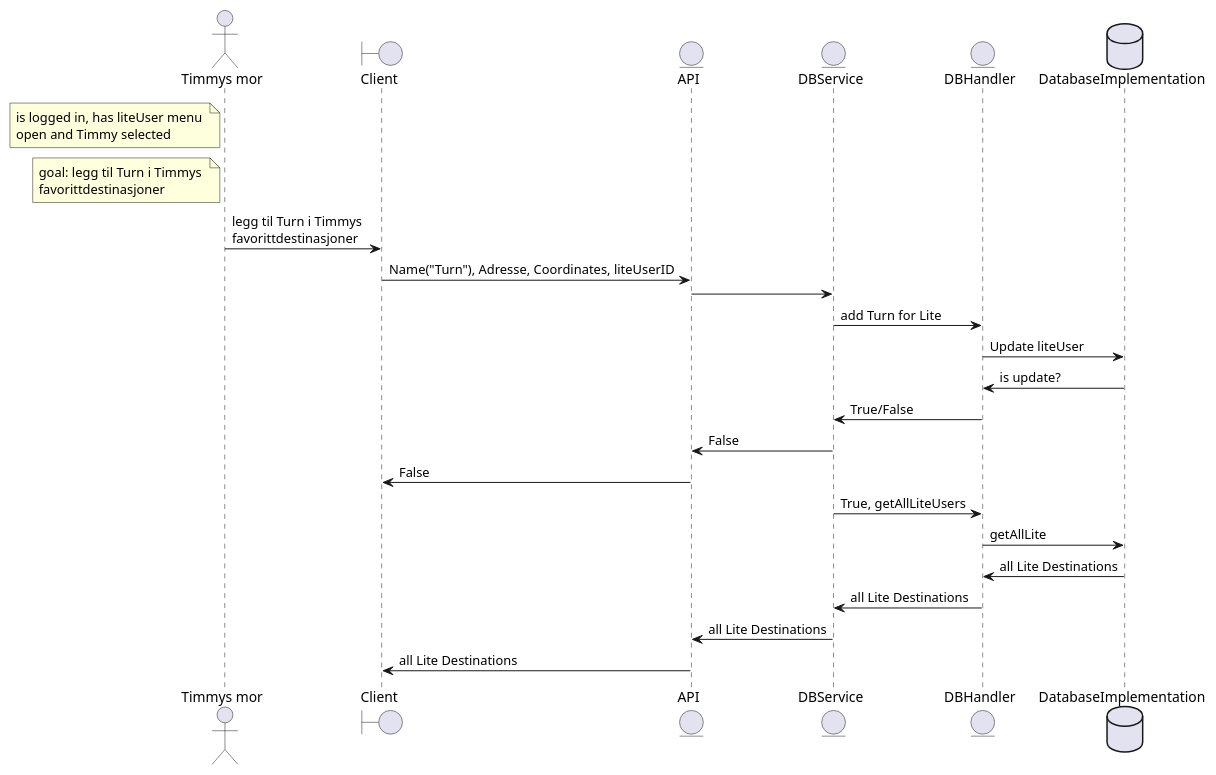
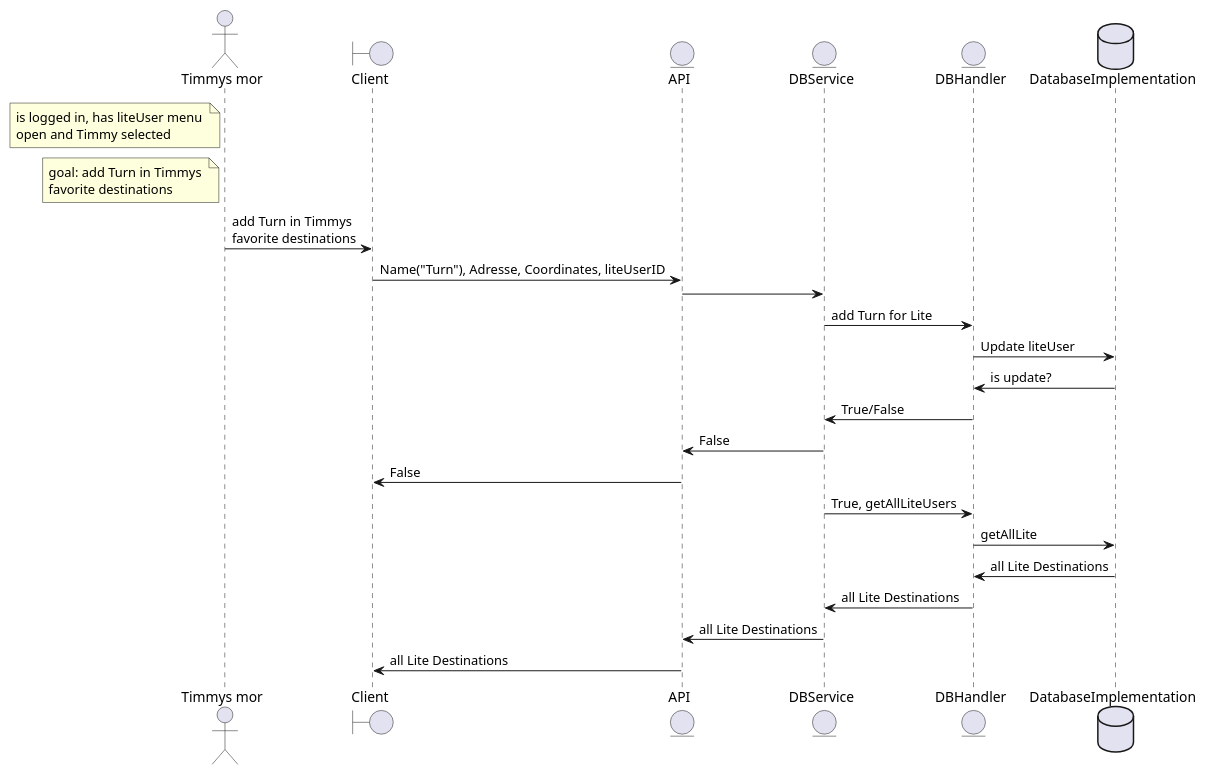
The diagram in PlantUML/timmysMorSendtDestinasjon.puml (ditmann/Software-Gruppe-2), drawn with PlantUML before and after one commit.

Commit message:
🍆 english now

```diff
--- a/PlantUML/timmysMorSendtDestinasjon.puml
+++ b/PlantUML/timmysMorSendtDestinasjon.puml
@@ -1,47 +1,47 @@
 @startuml
 'https://plantuml.com/sequence-diagram
 
 
 actor "Timmys mor" as mor
 boundary Client
 entity API
 entity DBService
 entity DBHandler
 database DatabaseImplementation
 '------------'
 
 note left of mor: is logged in, has liteUser menu \nopen and Timmy selected
-note left of mor: goal: legg til Turn i Timmys \nfavorittdestinasjoner
-mor -> Client: legg til Turn i Timmys \nfavorittdestinasjoner
+note left of mor: goal: add Turn in Timmys \nfavorite destinations
+mor -> Client: add Turn in Timmys \nfavorite destinations
 Client -> API: Name("Turn"), Adresse, Coordinates, liteUserID
 API -> DBService:
 DBService -> DBHandler: add Turn for Lite
 DBHandler -> DatabaseImplementation: Update liteUser
 DatabaseImplementation -> DBHandler: is update?
 DBHandler -> DBService: True/False
 DBService -> API: False
 API -> Client: False
 DBService -> DBHandler: True, getAllLiteUsers
 DBHandler -> DatabaseImplementation: getAllLite
 DatabaseImplementation -> DBHandler: all Lite Destinations
 DBHandler -> DBService: all Lite Destinations
 DBService -> API: all Lite Destinations
 API -> Client: all Lite Destinations
 
 
 
 /'
 
 mor -> Klient: Legge inn destinasjon hos Timmy
 
 Klient -> DBHandler: Destinasjon, liteID
 DBHandler -> MongoDBHandler: insertDestinationForLiteUser(Destinasjon)
 MongoDBHandler -> MongoDB: Oppdaterer databasen til litebrukeren
 MongoDB -> MongoDBHandler: boolean
 MongoDBHandler -> DBHandler: boolean
 DBHandler -> Klient: boolean
 Klient -> mor: boolean
 '/
 
 
 @enduml
```
